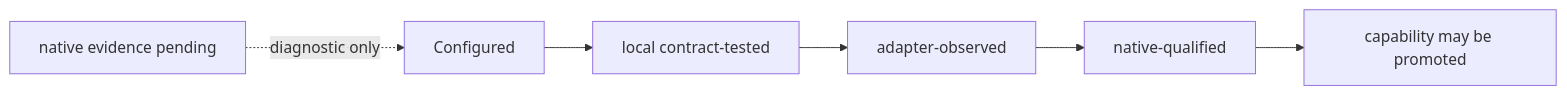
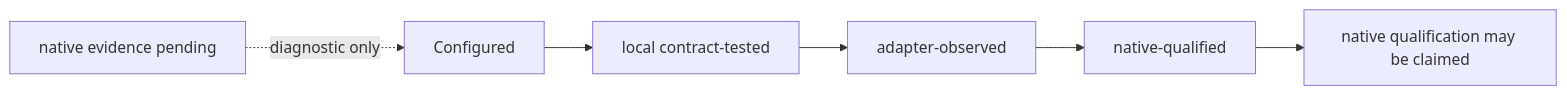
The diagram in docs/lifecycle-readiness.md (agentic-os-brasil/bcg-brasil-agentic-os), drawn with Mermaid before and after one commit. The commit also changed other lines of this file and 37 other files, not shown here.

````diff
--- a/docs/lifecycle-readiness.md
+++ b/docs/lifecycle-readiness.md
@@ -35,8 +35,8 @@
 ```mermaid
 flowchart LR
     Configured --> ContractTested["local contract-tested"]
     ContractTested --> AdapterObserved["adapter-observed"]
     AdapterObserved --> NativeQualified["native-qualified"]
-    NativeQualified --> Promote["capability may be promoted"]
+    NativeQualified --> Qualify["native qualification may be claimed"]
     EvidencePending["native evidence pending"] -.->|diagnostic only| Configured
 ```
````
